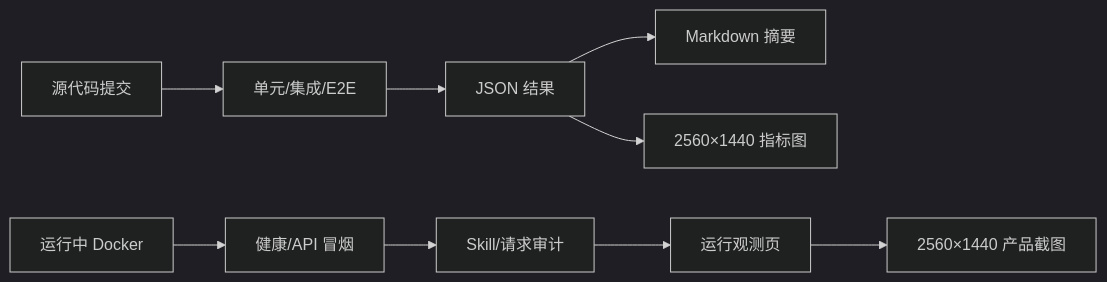
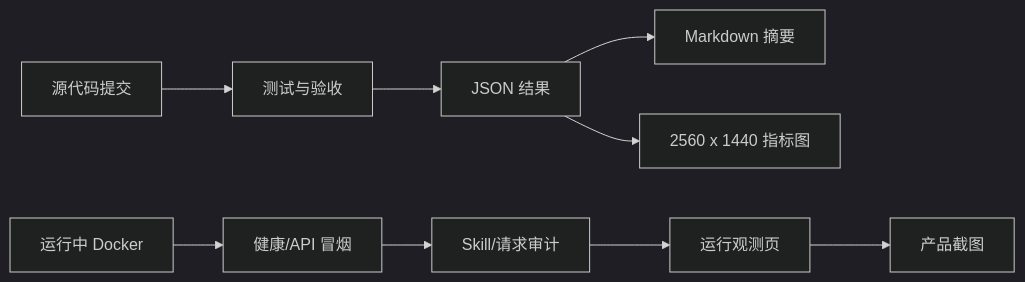
One commit to pigz2538/RoadMan-Public changed the third of 3 diagrams in submission/GOAI_Boundless_Agents/semifinal/02_可复现Demo与技术细节完善.md. Above: the diagram before and after it, drawn with Mermaid (dark theme). The commit also changed other lines of this file and 15 other files, not shown here.

````diff
--- a/submission/GOAI_Boundless_Agents/semifinal/02_可复现Demo与技术细节完善.md
+++ b/submission/GOAI_Boundless_Agents/semifinal/02_可复现Demo与技术细节完善.md
@@ -126,11 +119,11 @@
 ```mermaid
 flowchart LR
-    C[源代码提交] --> T[单元/集成/E2E]
+    C[源代码提交] --> T[测试与验收]
     T --> J[JSON 结果]
     J --> M[Markdown 摘要]
-    J --> S[2560×1440 指标图]
+    J --> S[2560 x 1440 指标图]
     D[运行中 Docker] --> H[健康/API 冒烟]
     H --> L[Skill/请求审计]
     L --> O[运行观测页]
-    O --> S2[2560×1440 产品截图]
+    O --> S2[产品截图]
 ```
````
